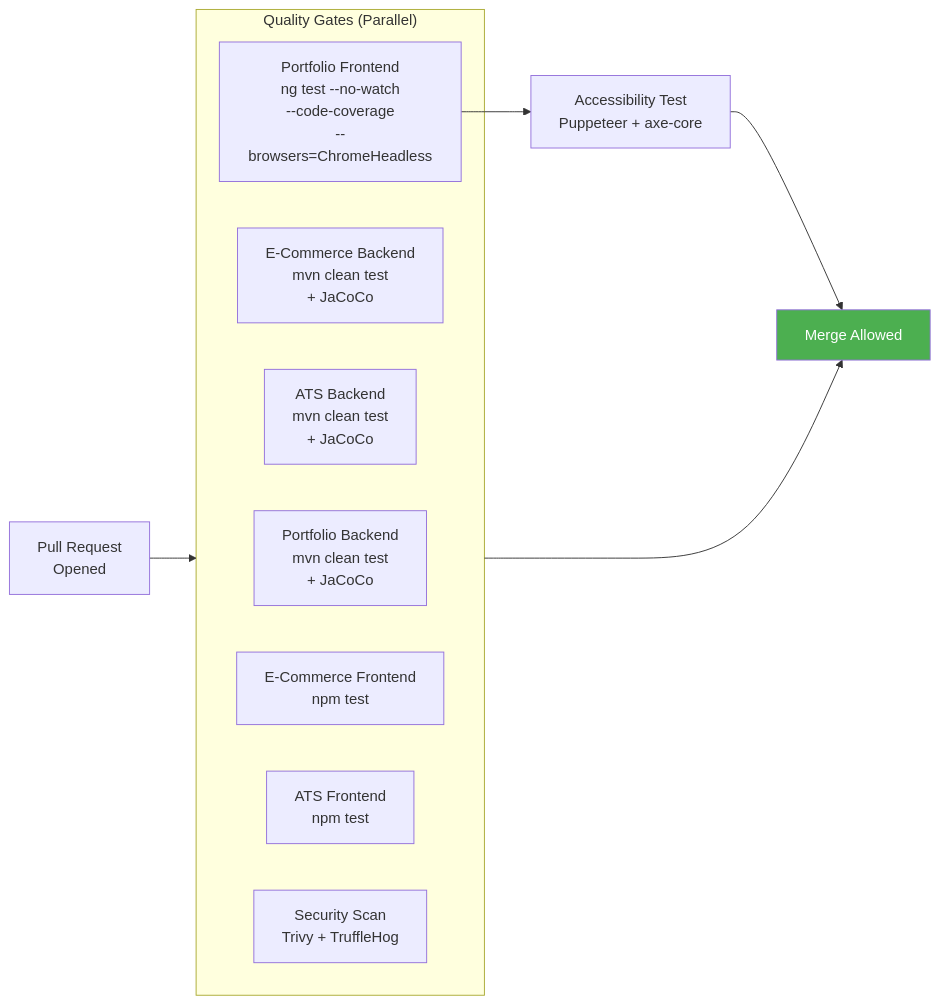
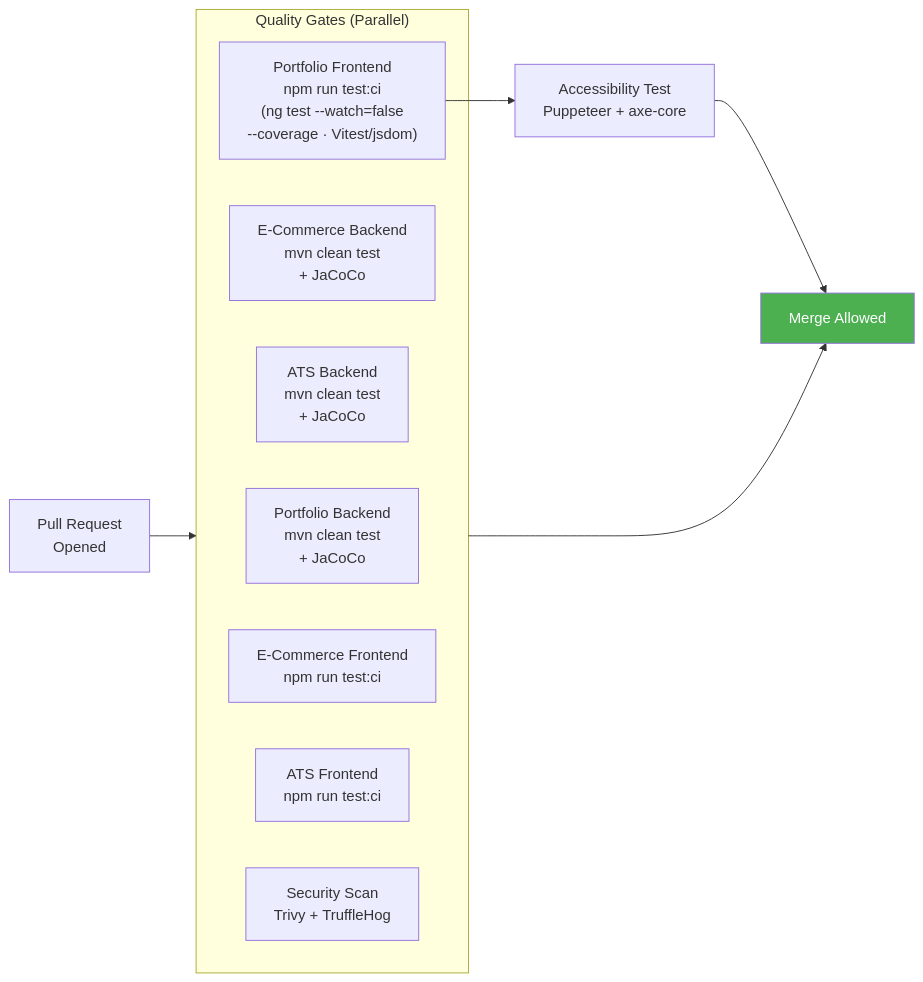
Before and after one commit to clark22134/MyPortfolioWebsite: the third of 3 diagrams in docs/TESTING_STRATEGY.md, drawn with Mermaid. The commit also changed other lines of this file and 39 other files, not shown here.

````diff
--- a/docs/TESTING_STRATEGY.md
+++ b/docs/TESTING_STRATEGY.md
@@ -637,20 +648,20 @@
 ```mermaid
 graph LR
     PR["Pull Request<br/>Opened"] --> PAR["Parallel Jobs"]
 
     subgraph PAR["Quality Gates (Parallel)"]
         BT1["Portfolio Backend<br/>mvn clean test<br/>+ JaCoCo"]
         BT2["E-Commerce Backend<br/>mvn clean test<br/>+ JaCoCo"]
         BT3["ATS Backend<br/>mvn clean test<br/>+ JaCoCo"]
-        FT1["Portfolio Frontend<br/>ng test --no-watch<br/>--code-coverage<br/>--browsers=ChromeHeadless"]
-        FT2["E-Commerce Frontend<br/>npm test"]
-        FT3["ATS Frontend<br/>npm test"]
+        FT1["Portfolio Frontend<br/>npm run test:ci<br/>(ng test --watch=false<br/>--coverage · Vitest/jsdom)"]
+        FT2["E-Commerce Frontend<br/>npm run test:ci"]
+        FT3["ATS Frontend<br/>npm run test:ci"]
         SEC["Security Scan<br/>Trivy + TruffleHog"]
     end
 
     FT1 --> A11Y["Accessibility Test<br/>Puppeteer + axe-core"]
     PAR --> Merge["Merge Allowed"]
     A11Y --> Merge
 
     style Merge fill:#4caf50,color:#fff
 ```
````
